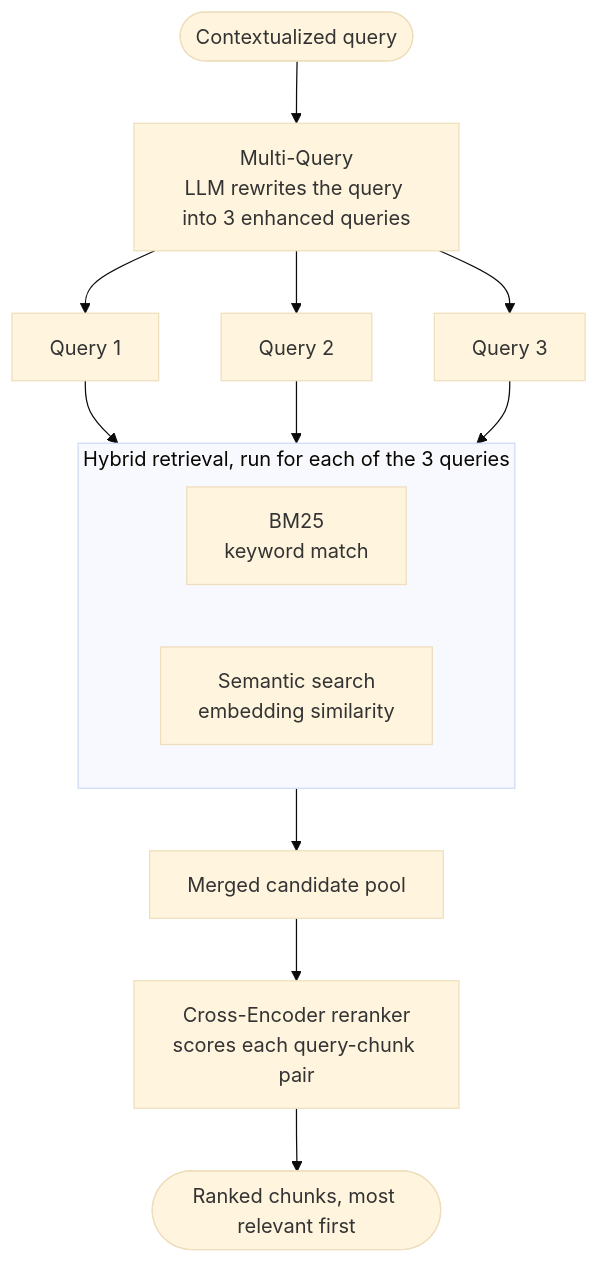
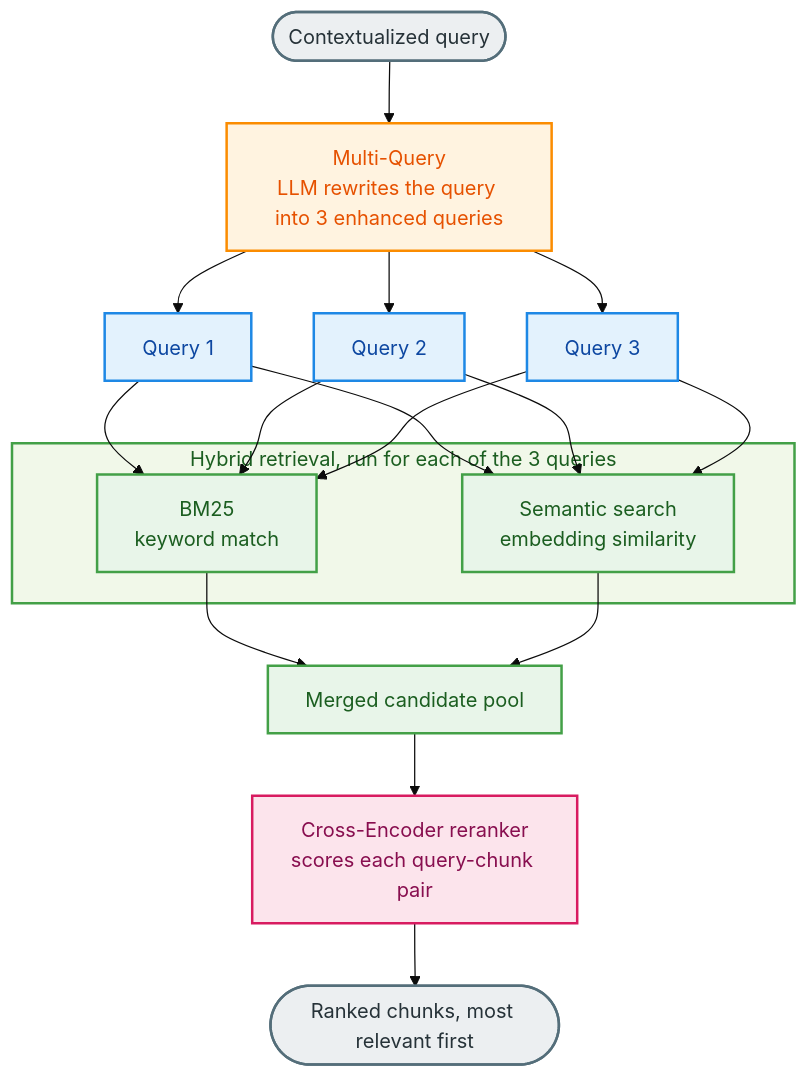
The third of 5 diagrams in README.md (Abidkazmi7/Multipurpose-RAG), drawn with Mermaid (base theme) before and after one commit. The commit also changed other lines of this file, not shown here.

````diff
--- a/README.md
+++ b/README.md
@@ -183,22 +200,32 @@
 ```mermaid
 flowchart TB
     Q([Contextualized query]) --> MQ["Multi-Query<br/>LLM rewrites the query into 3 enhanced queries"]
 
     MQ --> Q1[Query 1]
     MQ --> Q2[Query 2]
     MQ --> Q3[Query 3]
 
     subgraph HYB["Hybrid retrieval, run for each of the 3 queries"]
-        direction LR
         BM["BM25<br/>keyword match"]
         SEM["Semantic search<br/>embedding similarity"]
     end
 
-    Q1 --> HYB
-    Q2 --> HYB
-    Q3 --> HYB
-
-    HYB --> POOL["Merged candidate pool"]
+    Q1 & Q2 & Q3 --> BM & SEM
+    BM & SEM --> POOL["Merged candidate pool"]
     POOL --> CE["Cross-Encoder reranker<br/>scores each query-chunk pair"]
     CE --> OUT(["Ranked chunks, most relevant first"])
+
+    classDef terminal fill:#ECEFF1,stroke:#546E7A,color:#263238,stroke-width:2px
+    classDef llm fill:#FFF3E0,stroke:#FB8C00,color:#E65100,stroke-width:2px
+    classDef query fill:#E3F2FD,stroke:#1E88E5,color:#0D47A1,stroke-width:2px
+    classDef retrieval fill:#E8F5E9,stroke:#43A047,color:#1B5E20,stroke-width:2px
+    classDef rerank fill:#FCE4EC,stroke:#D81B60,color:#880E4F,stroke-width:2px
+
+    class Q,OUT terminal
+    class MQ llm
+    class Q1,Q2,Q3 query
+    class BM,SEM,POOL retrieval
+    class CE rerank
+
+    style HYB fill:#F1F8E9,stroke:#43A047,stroke-width:2px,color:#1B5E20
 ```
````
